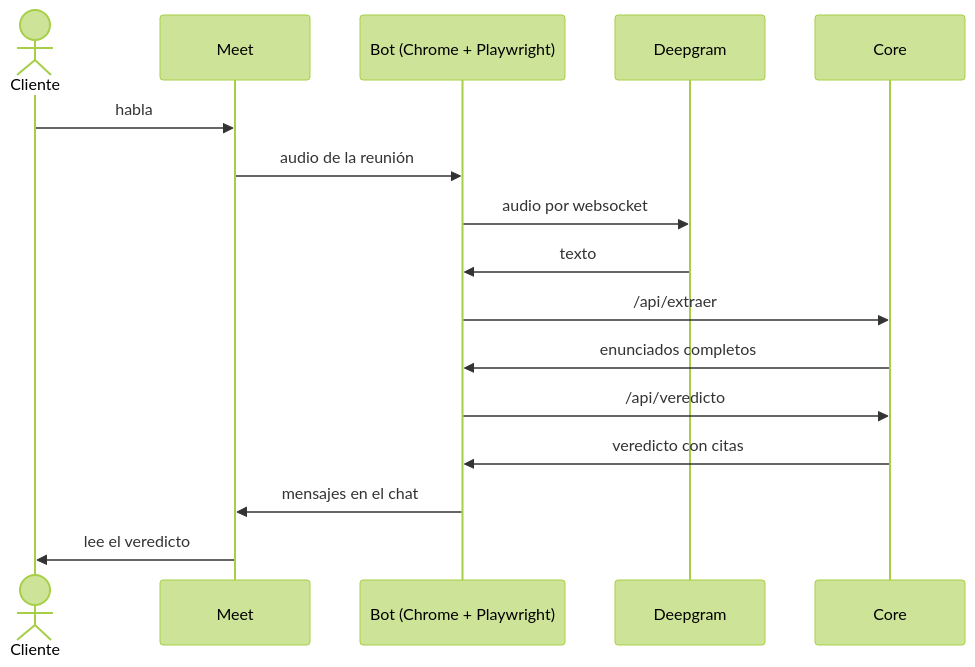
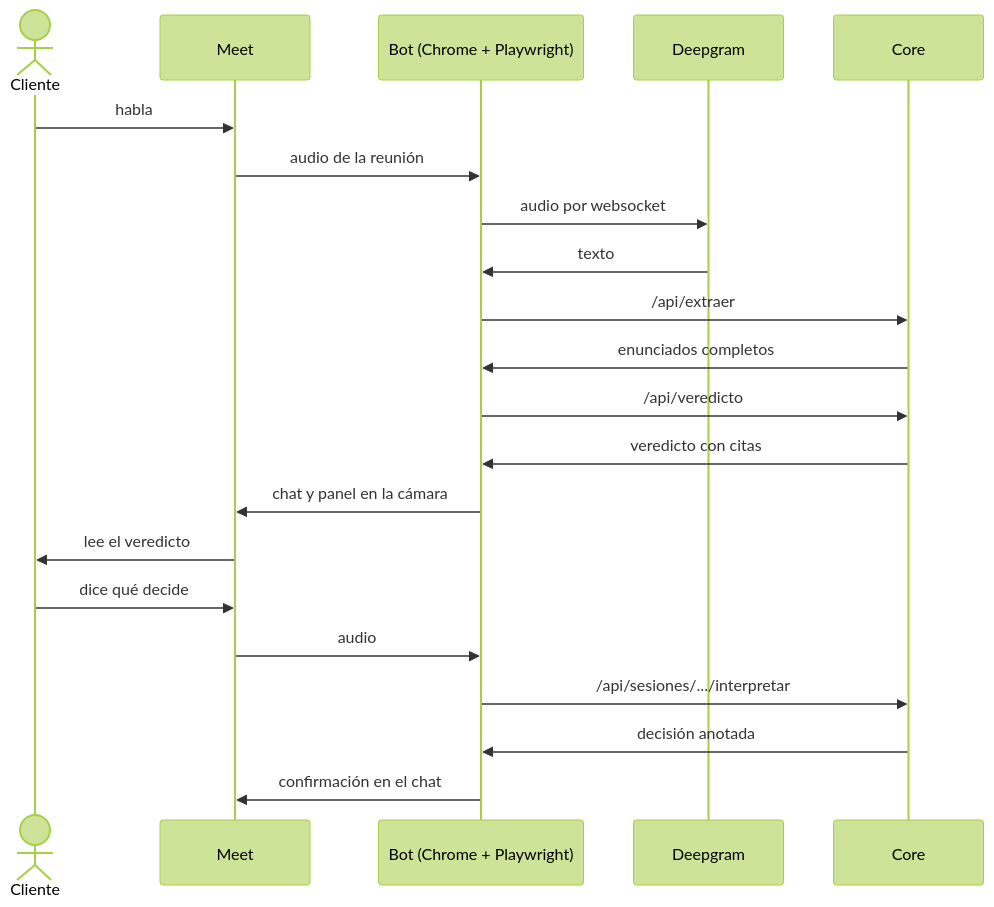
Before and after one commit to vickychappuis/Tesis: the second of 2 diagrams in sprint 23/CONECTOR_MEET.md, drawn with Mermaid (forest theme). The commit also changed other lines of this file and 1 other file, not shown here.

Commit message:
sprint 23: decisiones por voz y panel en la camara del bot

````diff
--- a/sprint 23/CONECTOR_MEET.md
+++ b/sprint 23/CONECTOR_MEET.md
@@ -52,19 +53,24 @@
 ```mermaid
 sequenceDiagram
     actor P as Cliente
     participant M as Meet
     participant B as Bot (Chrome + Playwright)
     participant S as Deepgram
     participant K as Core
 
     P->>M: habla
     M->>B: audio de la reunión
     B->>S: audio por websocket
     S->>B: texto
     B->>K: /api/extraer
     K->>B: enunciados completos
     B->>K: /api/veredicto
     K->>B: veredicto con citas
-    B->>M: mensajes en el chat
+    B->>M: chat y panel en la cámara
     M->>P: lee el veredicto
+    P->>M: dice qué decide
+    M->>B: audio
+    B->>K: /api/sesiones/.../interpretar
+    K->>B: decisión anotada
+    B->>M: confirmación en el chat
 ```
````
